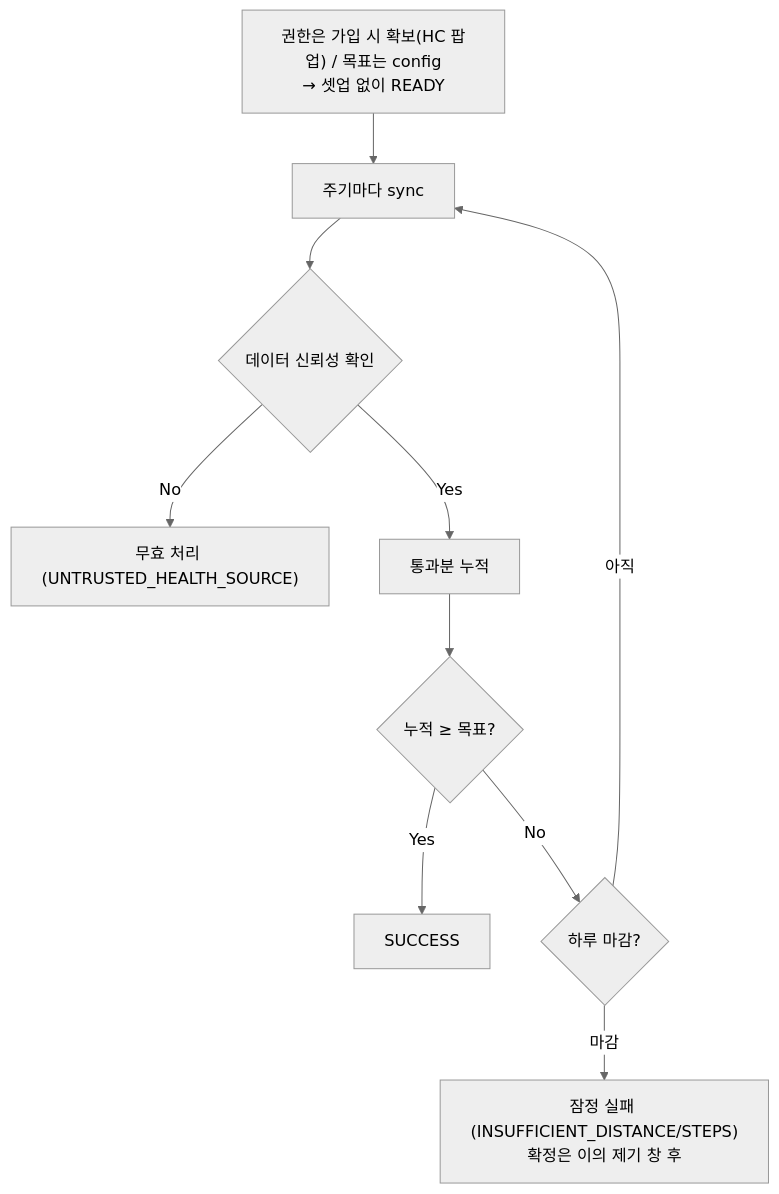
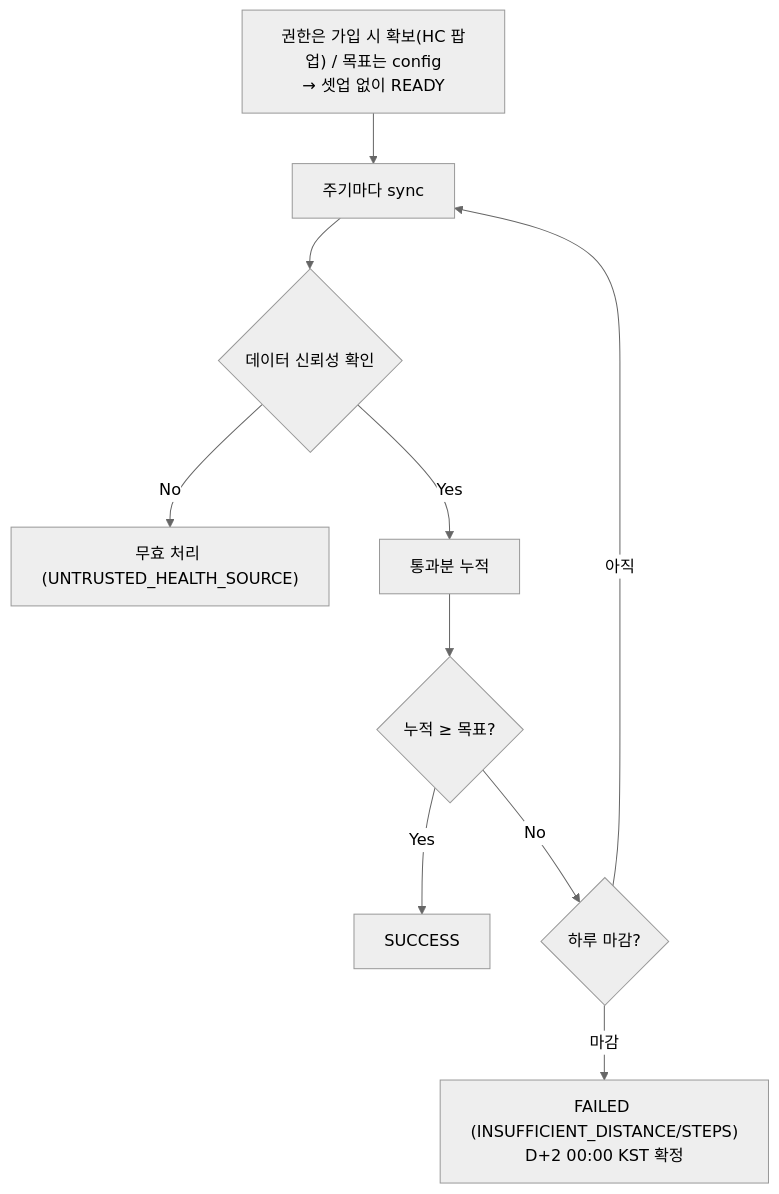
Before and after one commit to RuleUp-ASM/Backend: the fifth of 10 diagrams in docs/check/인증구현.md, drawn with Mermaid (neutral theme). The commit also changed other lines of this file and 7 other files, not shown here.

````diff
--- a/docs/check/인증구현.md
+++ b/docs/check/인증구현.md
@@ -317,12 +323,12 @@
 ```mermaid
 flowchart TD
 A["권한은 가입 시 확보(HC 팝업) / 목표는 config<br/>→ 셋업 없이 READY"] --> B["주기마다 sync"]
 B --> G{"데이터 신뢰성 확인"}
 G -->|No| X["무효 처리 (UNTRUSTED_HEALTH_SOURCE)"]
 G -->|Yes| C["통과분 누적"]
 C --> D{"누적 ≥ 목표?"}
 D -->|Yes| OK["SUCCESS"]
 D -->|No| E{"하루 마감?"}
 E -->|아직| B
-E -->|마감| F["잠정 실패 (INSUFFICIENT_DISTANCE/STEPS)<br/>확정은 이의 제기 창 후"]
+E -->|마감| F["FAILED (INSUFFICIENT_DISTANCE/STEPS)<br/>D+2 00:00 KST 확정"]
 ```
````
